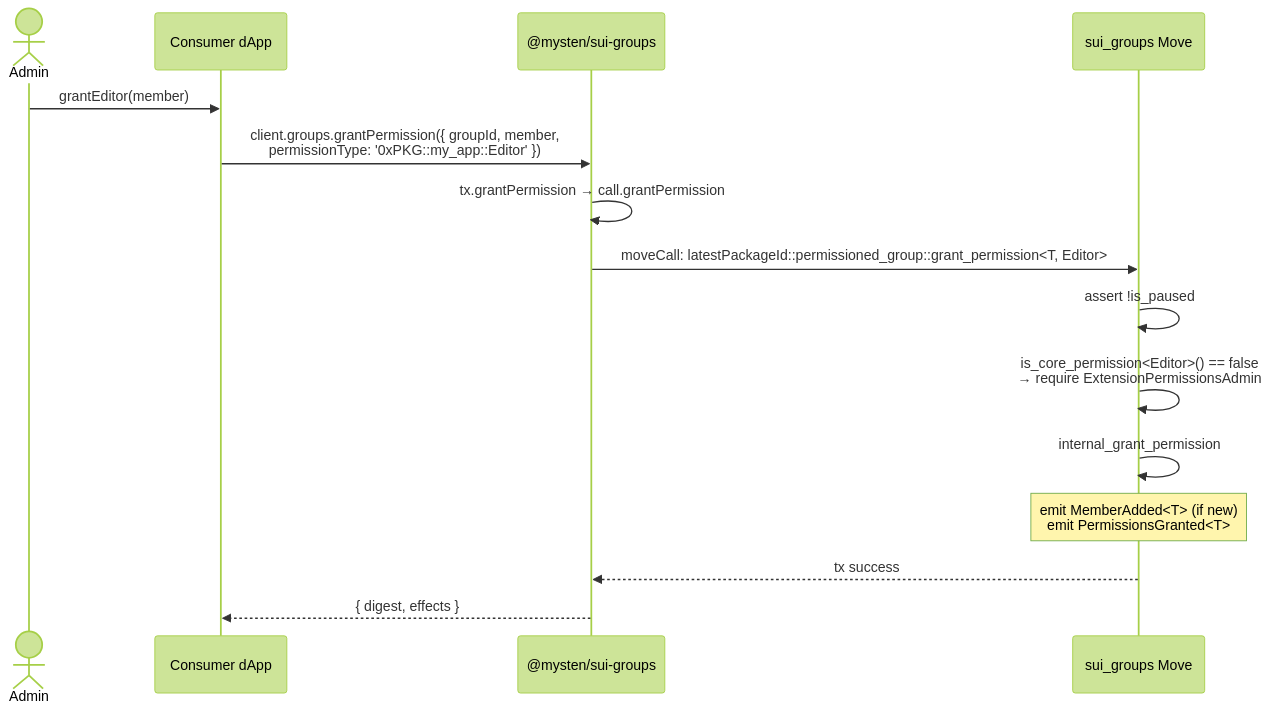
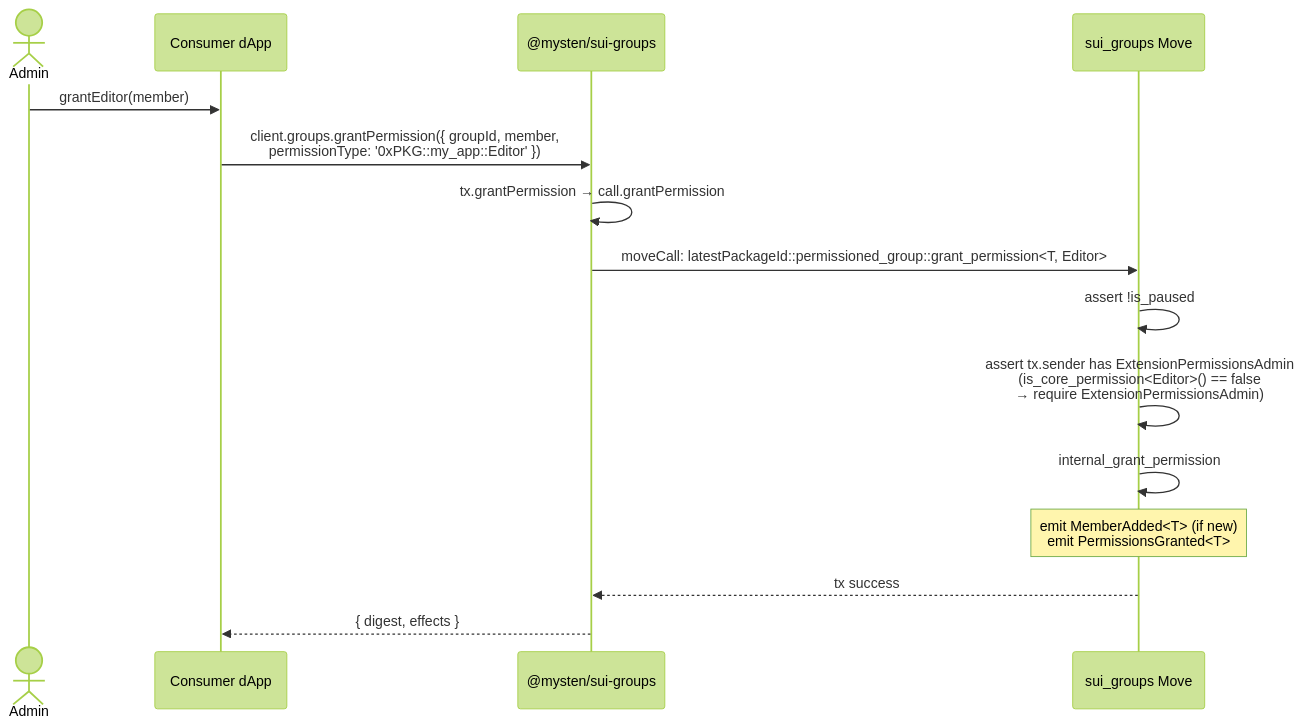
The sixth of 8 diagrams in docs/TechDesign.md (MystenLabs/sui-groups), drawn with Mermaid (forest theme) before and after one commit. The commit also changed other lines of this file, not shown here.

Commit message:
docs(TechDesign): address PR review feedback
- Remove template-meta non-goal bullet from §1
- Make ExtensionPermissionsAdmin check explicit in §7.3 diagram

````diff
--- a/docs/TechDesign.md
+++ b/docs/TechDesign.md
@@ -338,18 +337,18 @@
 ```mermaid
 sequenceDiagram
     actor A as Admin
     participant App as Consumer dApp
     participant SDK as @mysten/sui-groups
     participant SG as sui_groups Move
 
     A->>App: grantEditor(member)
     App->>SDK: client.groups.grantPermission({ groupId, member,<br/>permissionType: '0xPKG::my_app::Editor' })
     SDK->>SDK: tx.grantPermission → call.grantPermission
     SDK->>SG: moveCall: latestPackageId::permissioned_group::grant_permission<T, Editor>
     SG->>SG: assert !is_paused
-    SG->>SG: is_core_permission<Editor>() == false<br/>→ require ExtensionPermissionsAdmin
+    SG->>SG: assert tx.sender has ExtensionPermissionsAdmin<br/>(is_core_permission<Editor>() == false<br/>→ require ExtensionPermissionsAdmin)
     SG->>SG: internal_grant_permission
     Note over SG: emit MemberAdded<T> (if new)<br/>emit PermissionsGranted<T>
     SG-->>SDK: tx success
     SDK-->>App: { digest, effects }
 ```
````
